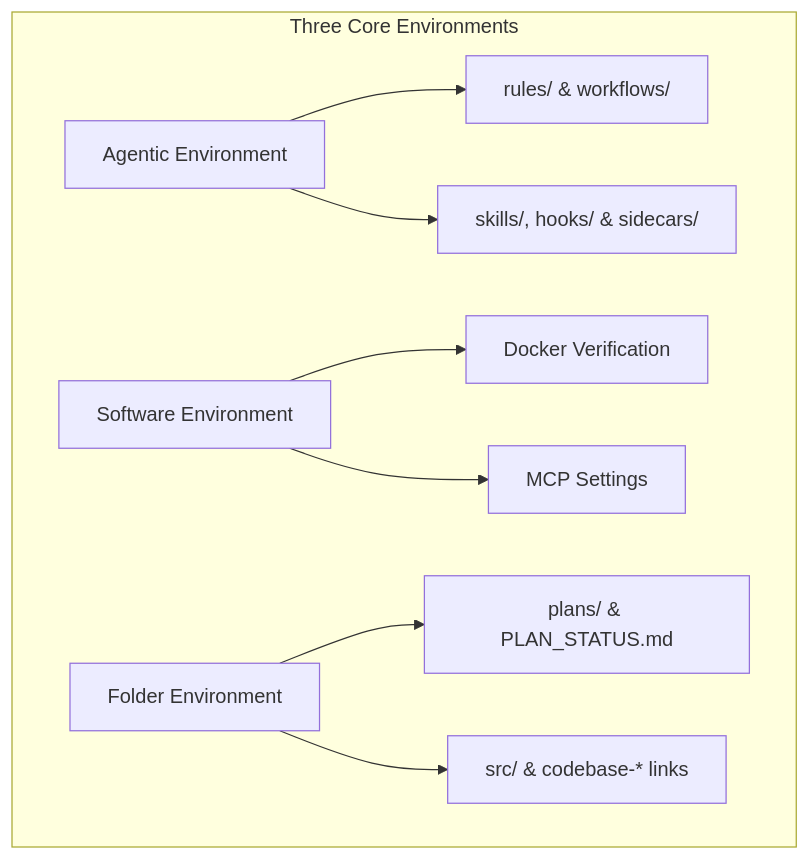
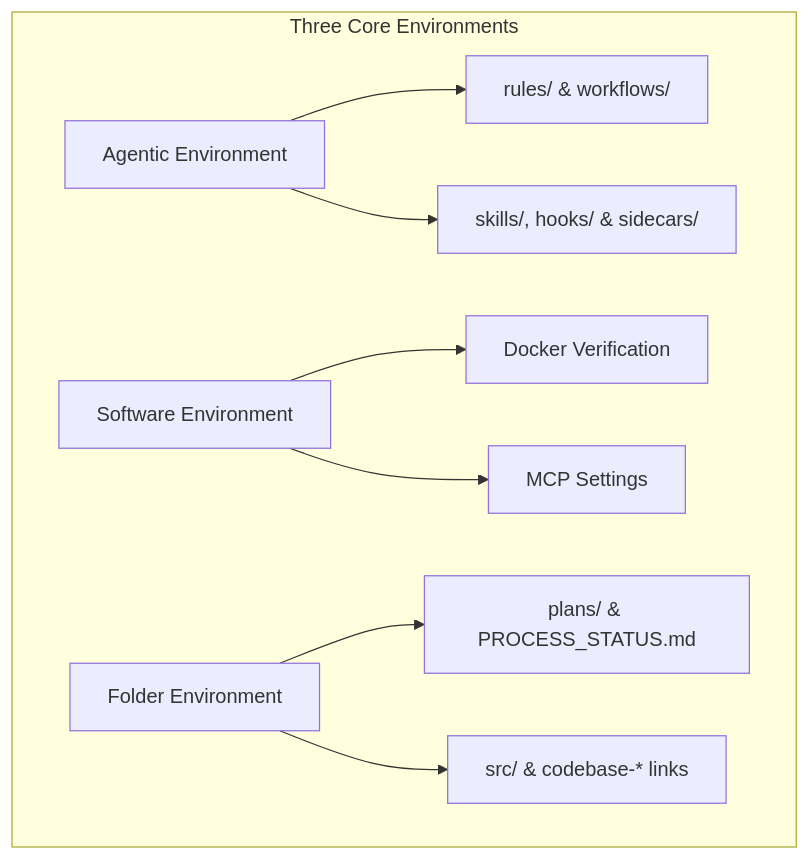
The first of 2 diagrams in fullstack_software_dev/init/init_workflow.md (hrvthgergo/agent-driven-templates), drawn with Mermaid before and after one commit. The commit also changed other lines of this file and 5 other files, not shown here.

Commit message:
Enrich init_workflow.md with two-tier architecture role definitions, step-by-step reasoning, and guard element maps; update implementation_map.md

````diff
--- a/fullstack_software_dev/init/init_workflow.md
+++ b/fullstack_software_dev/init/init_workflow.md
@@ -29,13 +41,13 @@
 ```mermaid
 graph TD
     subgraph Env [Three Core Environments]
         A[Agentic Environment] --> A1[rules/ & workflows/]
         A --> A2[skills/, hooks/ & sidecars/]
         
         B[Software Environment] --> B1[Docker Verification]
         B --> B2[MCP Settings]
         
-        C[Folder Environment] --> C1[plans/ & PLAN_STATUS.md]
+        C[Folder Environment] --> C1[plans/ & PROCESS_STATUS.md]
         C --> C2[src/ & codebase-* links]
     end
 ```
````
